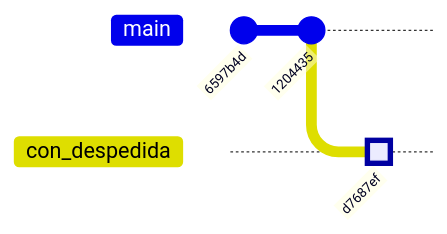
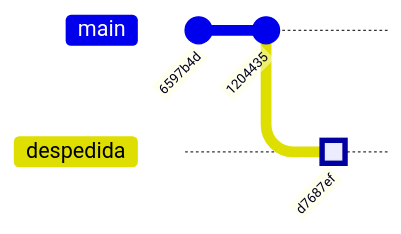
The fourth of 5 diagrams in _clases/git.md (ramespada/sintaxis), drawn with Mermaid before and after one commit. The commit also changed other lines of this file and 1 other file, not shown here.

````diff
--- a/_clases/git.md
+++ b/_clases/git.md
@@ -202,7 +185,7 @@
 ```mermaid
     gitGraph
     commit id: "6597b4d"
     commit id: "1204435"
-    branch con_despedida
+    branch despedida
     commit id: "d7687ef" type: HIGHLIGHT
 ```
````
